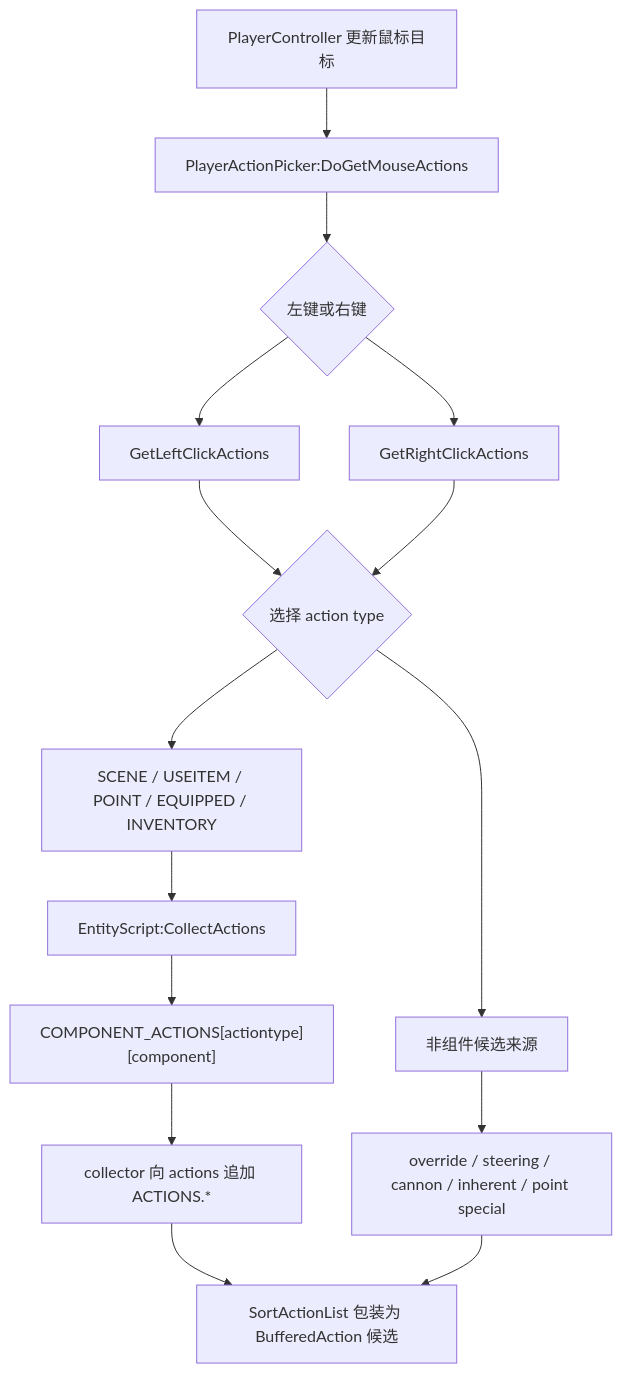
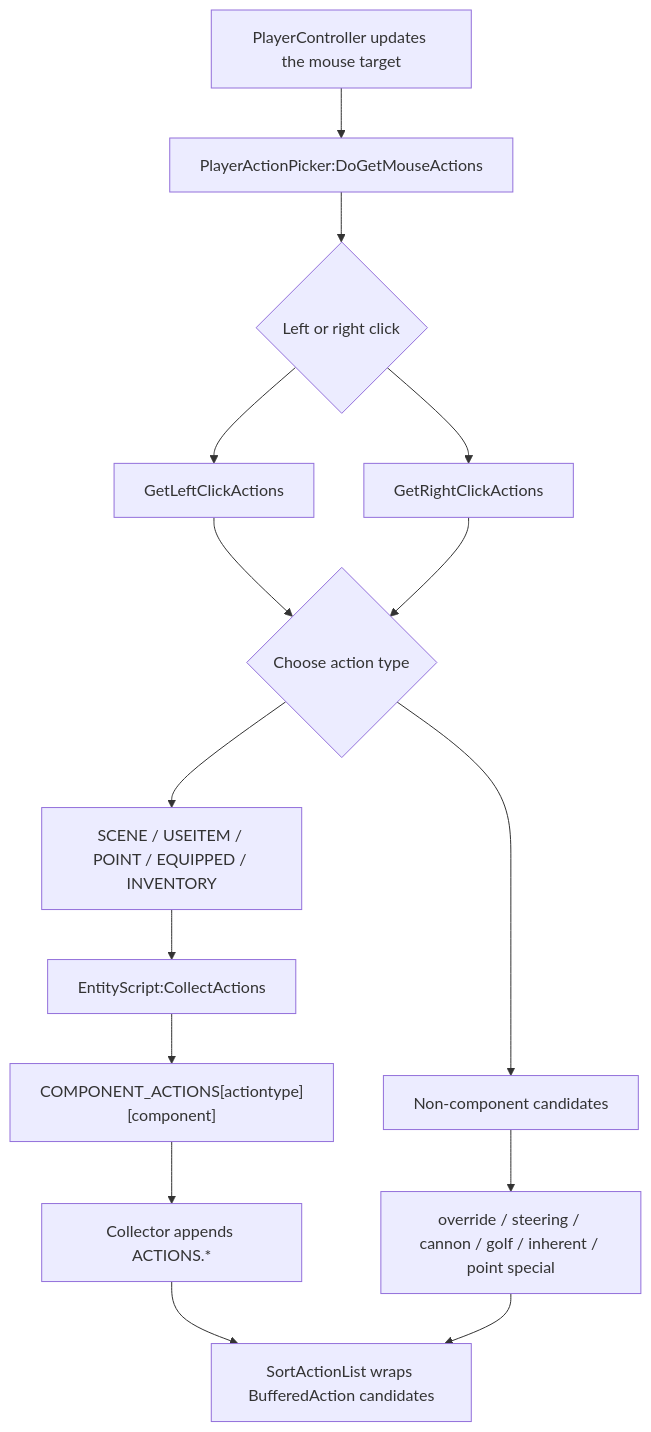
Before and after one commit to LetsStarveTogether/dst-server: the diagram in dst-scripts/index/0x3000-entity-action/0x3200-action-pipeline/0x3201-component-actions.md, drawn with Mermaid. The commit also changed other lines of this file and 83 other files, not shown here.

```diff
--- a/dst-scripts/index/0x3000-entity-action/0x3200-action-pipeline/0x3201-component-actions.md
+++ b/dst-scripts/index/0x3000-entity-action/0x3200-action-pipeline/0x3201-component-actions.md
@@ -47,18 +47,18 @@
 ~~~mermaid
 flowchart TD
-    A["PlayerController 更新鼠标目标"]
+    A["PlayerController updates the mouse target"]
     A --> B["PlayerActionPicker:DoGetMouseActions"]
-    B --> C{"左键或右键"}
+    B --> C{"Left or right click"}
     C --> D["GetLeftClickActions"]
     C --> E["GetRightClickActions"]
-    D --> F{"选择 action type"}
+    D --> F{"Choose action type"}
     E --> F
-    F --> G["非组件候选来源"]
+    F --> G["Non-component candidates"]
     F --> H["SCENE / USEITEM / POINT / EQUIPPED / INVENTORY"]
     H --> I["EntityScript:CollectActions"]
     I --> J["COMPONENT_ACTIONS[actiontype][component]"]
-    J --> K["collector 向 actions 追加 ACTIONS.*"]
-    G --> L["override / steering / cannon / inherent / point special"]
-    K --> M["SortActionList 包装为 BufferedAction 候选"]
+    J --> K["Collector appends ACTIONS.*"]
+    G --> L["override / steering / cannon / golf / inherent / point special"]
+    K --> M["SortActionList wraps BufferedAction candidates"]
     L --> M
 ~~~
```
